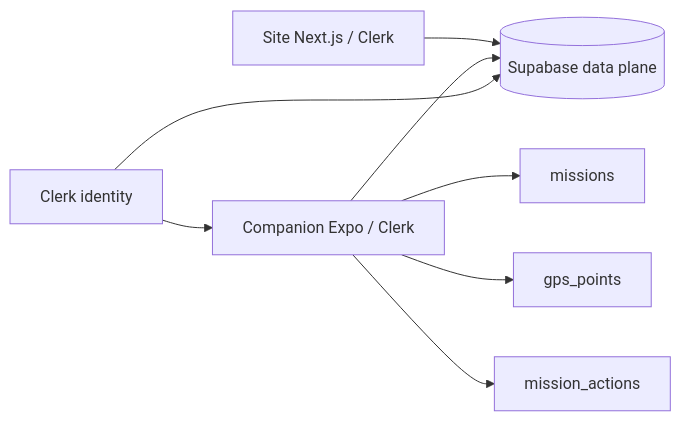
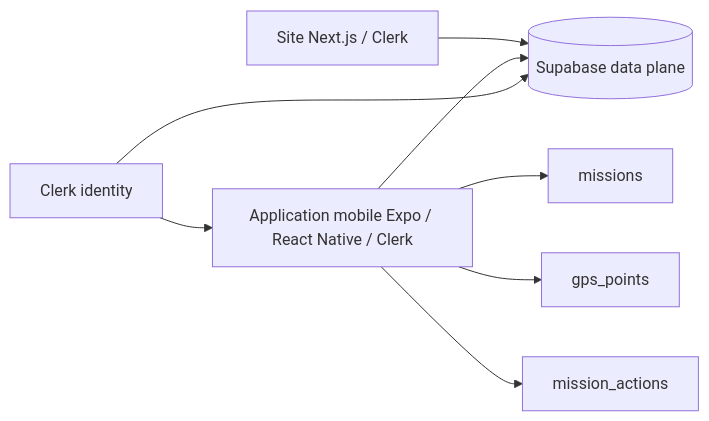
The diagram in apps/mobile/README.md (maxd4/CleanmyMap), drawn with Mermaid before and after one commit. The commit also changed other lines of this file and 14 other files, not shown here.

Commit message:
docs: align monorepo web and mobile architecture

````diff
--- a/apps/mobile/README.md
+++ b/apps/mobile/README.md
@@ -51,10 +55,10 @@
 ```mermaid
 flowchart LR
   WEB[Site Next.js / Clerk] --> SB[(Supabase data plane)]
-  APP[Companion Expo / Clerk] --> SB
+  APP[Application mobile Expo / React Native / Clerk] --> SB
   CLERK[Clerk identity] --> APP
   CLERK --> SB
   APP --> MISSIONS[missions]
   APP --> GPS[gps_points]
   APP --> ACTIONS[mission_actions]
 ```
````
